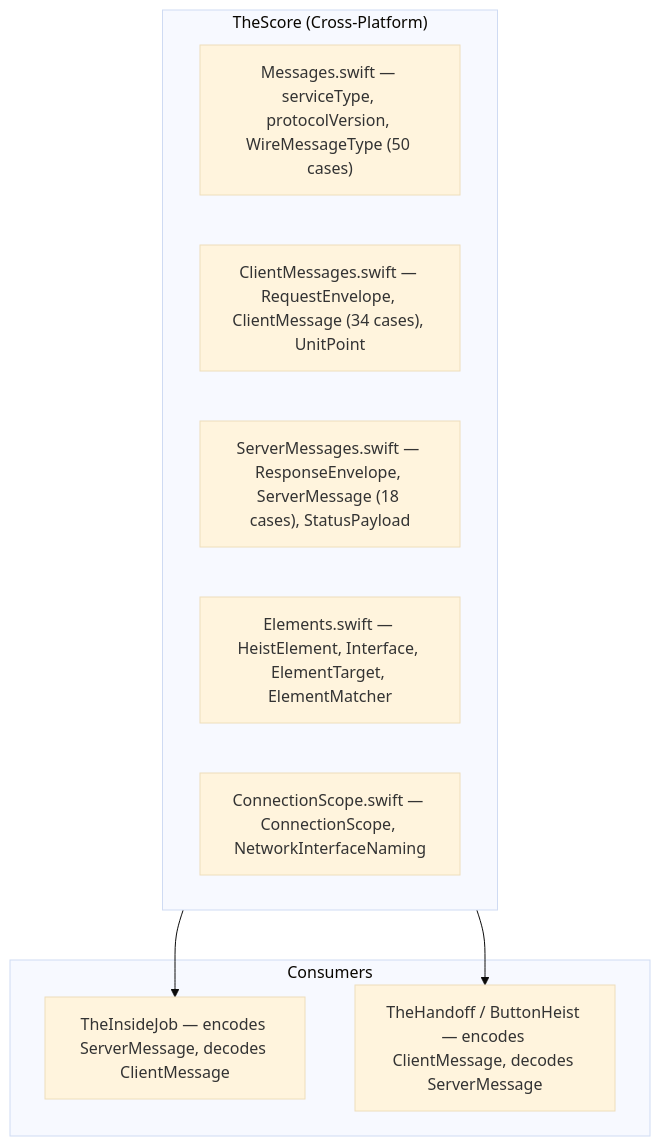
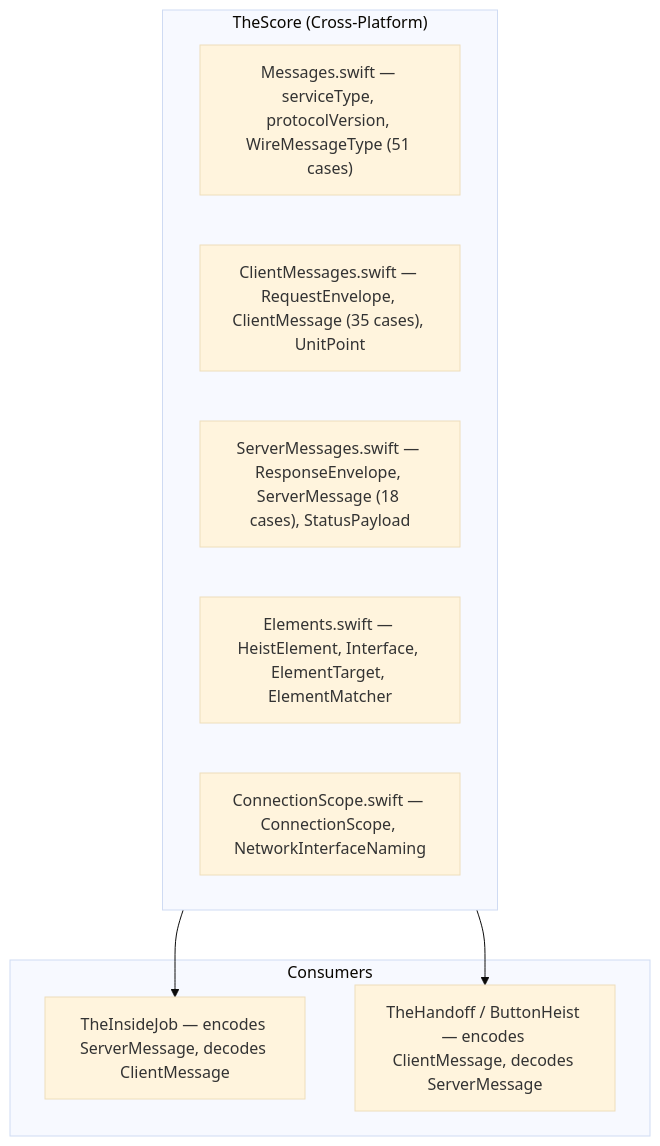
The first of 7 diagrams in docs/dossiers/01-THESCORE.md (RoyalPineapple/TheButtonHeist), drawn with Mermaid (base theme) before and after one commit. The commit also changed other lines of this file and 17 other files, not shown here.

````diff
--- a/docs/dossiers/01-THESCORE.md
+++ b/docs/dossiers/01-THESCORE.md
@@ -42,18 +42,18 @@
 ```mermaid
 graph TD
     subgraph TheScore["TheScore (Cross-Platform)"]
-        Messages["Messages.swift — serviceType, protocolVersion, WireMessageType (50 cases)"]
-        Client["ClientMessages.swift — RequestEnvelope, ClientMessage (34 cases), UnitPoint"]
+        Messages["Messages.swift — serviceType, protocolVersion, WireMessageType (51 cases)"]
+        Client["ClientMessages.swift — RequestEnvelope, ClientMessage (35 cases), UnitPoint"]
         Server["ServerMessages.swift — ResponseEnvelope, ServerMessage (18 cases), StatusPayload"]
         Elements["Elements.swift — HeistElement, Interface, ElementTarget, ElementMatcher"]
         ConnScope["ConnectionScope.swift — ConnectionScope, NetworkInterfaceNaming"]
     end
 
     subgraph Consumers["Consumers"]
         TheInsideJob["TheInsideJob — encodes ServerMessage, decodes ClientMessage"]
         TH["TheHandoff / ButtonHeist — encodes ClientMessage, decodes ServerMessage"]
     end
 
     TheScore --> TheInsideJob
     TheScore --> TH
 ```
````
